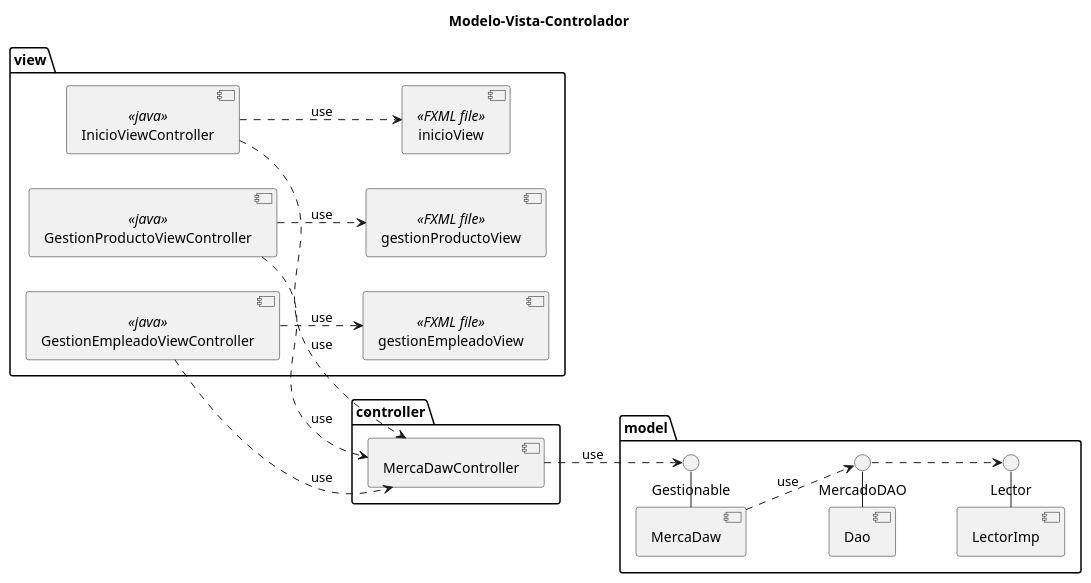
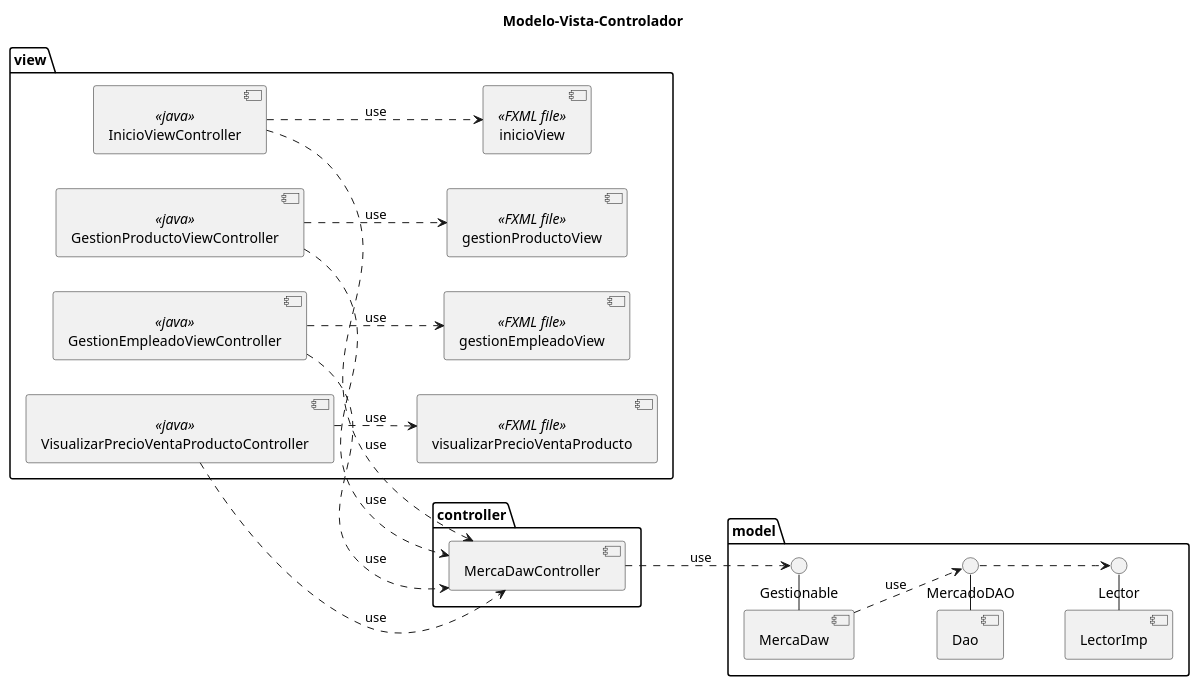
Before and after one commit to Edsonbs/MercaDAW: the diagram in design/DiagramaComponentes.pu, drawn with PlantUML. The commit also changed 16 other files, not shown here.

```diff
--- a/design/DiagramaComponentes.pu
+++ b/design/DiagramaComponentes.pu
@@ -1,46 +1,50 @@
 @startuml Modelo-Vista-Controlador
 title Modelo-Vista-Controlador
 left to right direction
 package view{
     component InicioViewController <<java>> as inicioController
     component GestionProductoViewController <<java>> as gestionProdController
     component GestionEmpleadoViewController <<java>> as gestionEmpController
+    component VisualizarPrecioVentaProductoController <<java>> as visualizarPrecioVentaProdController
 
     component inicioView <<FXML file>> as inicioView
     component gestionProductoView <<FXML file>> as gestionProdView
     component gestionEmpleadoView <<FXML file>> as gestionEmpView
+    component visualizarPrecioVentaProducto <<FXML file>> as visualizarPrecioVentaProdView
 }
 
 package controller{
     component MercaDawController as mdc
 }
 
 package model{
     component MercaDaw
     component Dao 
     component LectorImp
 
     () "MercadoDAO" as dao
     () "Gestionable" as gestion
     () "Lector" as lectorif
 
     MercaDaw -() gestion
     Dao -() dao
     LectorImp -() lectorif
 
 }
 
 mdc ..> gestion : use
 MercaDaw ..> dao : use
 
     inicioController ..> inicioView: use
     gestionProdController ..> gestionProdView: use
     gestionEmpController ..> gestionEmpView: use
+    visualizarPrecioVentaProdController ..> visualizarPrecioVentaProdView: use
 
+    visualizarPrecioVentaProdController ..> mdc:use
     gestionProdController ..> mdc: use
     gestionEmpController ..> mdc: use
     inicioController ..> mdc: use
 
 dao ..> lectorif
 
 @enduml
```
